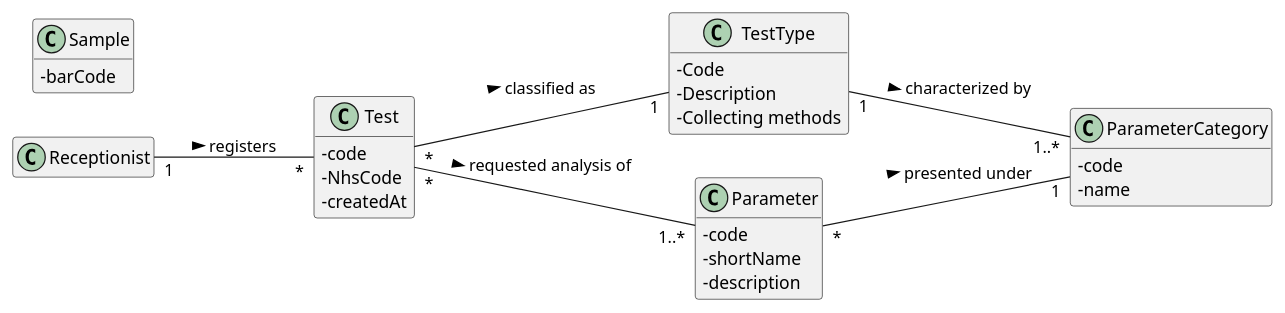
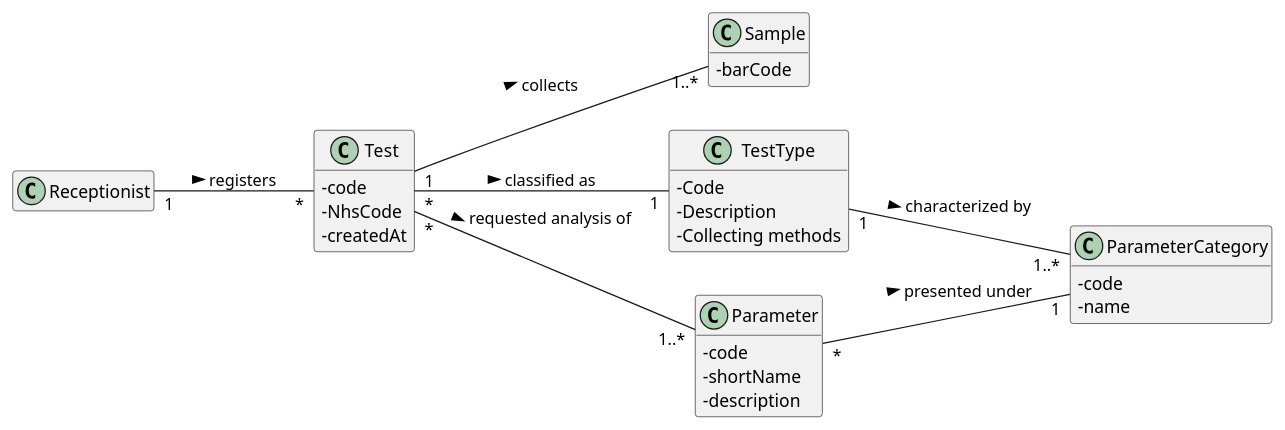
Before and after one commit to ana-albergaria/LAPR2-ISEP: the diagram in docs/SprintC/US_4/US4_DM.puml, drawn with PlantUML. The commit also changed 6 other files, not shown here.

```diff
--- a/docs/SprintC/US_4/US4_DM.puml
+++ b/docs/SprintC/US_4/US4_DM.puml
@@ -1,42 +1,43 @@
 @startuml
 
 left to right direction
 skinparam classAttributeIconSize 0
 hide empty methods
 hide empty attributes
 
 class Test{
 - code
 - NhsCode
 - createdAt
 }
 
 class ParameterCategory{
   -code
   -name
 }
 
 class Receptionist{}
 
 class Sample{
 - barCode
 }
 
 class TestType{
 - Code
 - Description
 - Collecting methods
 }
 
 class Parameter{
 - code
 - shortName
 - description
 }
 
 Test "*" -- "1" TestType : classified as >
 Test "*" -- "1..*" Parameter : requested analysis of >
 Receptionist "1" -- "*" Test : registers >
 Parameter "*" -- "1" ParameterCategory: presented under >
 TestType "1" -- "1..*" ParameterCategory : characterized by >
+Test "1" -- "1..*" Sample : collects >
 @enduml
```
